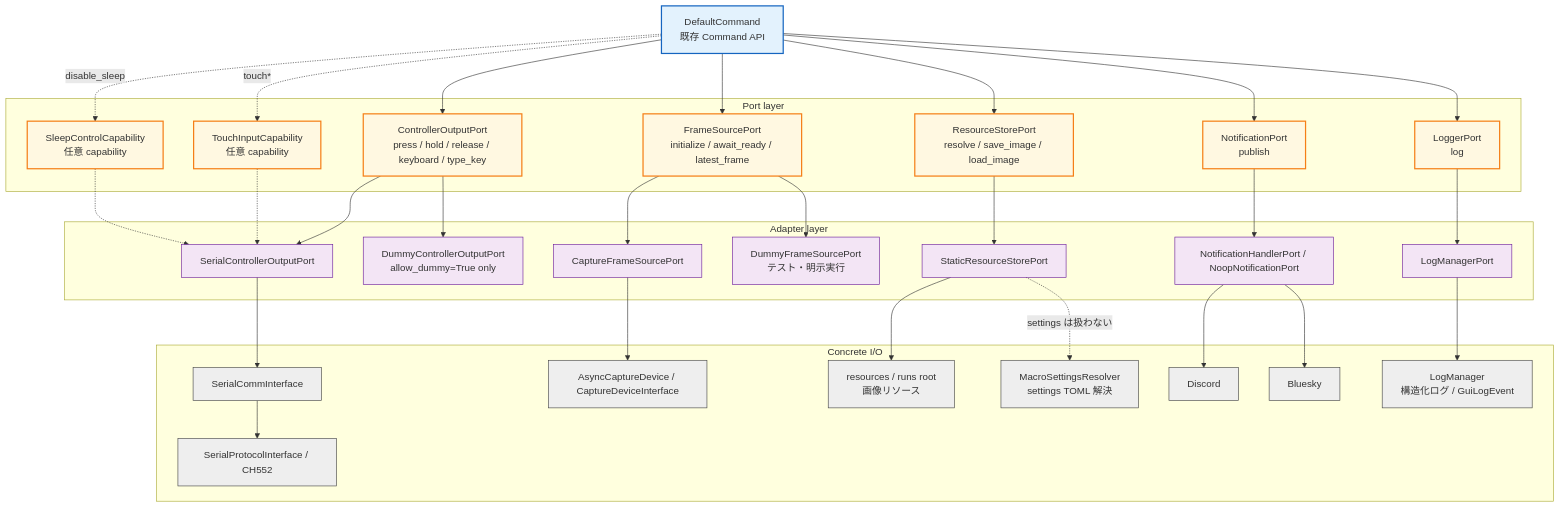
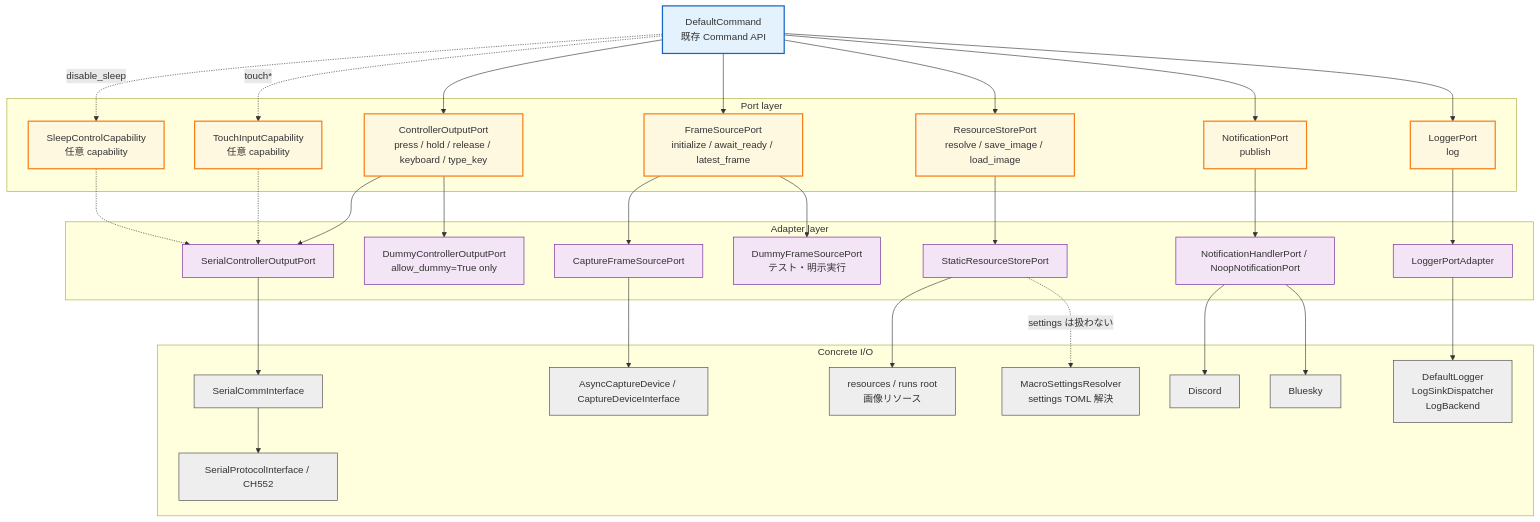
The third of 5 diagrams in spec/framework/rearchitecture/ARCHITECTURE_DIAGRAMS.md (niart120/Project_NyX), drawn with Mermaid before and after one commit. The commit also changed other lines of this file and 11 other files, not shown here.

````diff
--- a/spec/framework/rearchitecture/ARCHITECTURE_DIAGRAMS.md
+++ b/spec/framework/rearchitecture/ARCHITECTURE_DIAGRAMS.md
@@ -257,65 +257,65 @@
 ```mermaid
 flowchart TB
     DefaultCommandImpl["DefaultCommand<br/>既存 Command API"]
 
     subgraph PortLayer["Port layer"]
         Controller["ControllerOutputPort<br/>press / hold / release / keyboard / type_key"]
         Capture["FrameSourcePort<br/>initialize / await_ready / latest_frame"]
         Resource["ResourceStorePort<br/>resolve / save_image / load_image"]
         Notify["NotificationPort<br/>publish"]
         Logger["LoggerPort<br/>log"]
         Touch["TouchInputCapability<br/>任意 capability"]
         Sleep["SleepControlCapability<br/>任意 capability"]
     end
 
     subgraph AdapterLayer["Adapter layer"]
         SerialPort["SerialControllerOutputPort"]
         DummyController["DummyControllerOutputPort<br/>allow_dummy=True only"]
         CapturePort["CaptureFrameSourcePort"]
         DummyFrame["DummyFrameSourcePort<br/>テスト・明示実行"]
         StaticStore["StaticResourceStorePort"]
         NotificationHandlerPort["NotificationHandlerPort / NoopNotificationPort"]
-        LogManagerPort["LogManagerPort"]
+        LoggerPortAdapter["LoggerPortAdapter"]
     end
 
     subgraph ConcreteIO["Concrete I/O"]
         SerialComm["SerialCommInterface"]
         Protocol["SerialProtocolInterface / CH552"]
         CaptureDevice["AsyncCaptureDevice / CaptureDeviceInterface"]
         StaticRoot["resources / runs root<br/>画像リソース"]
         SettingsResolver["MacroSettingsResolver<br/>settings TOML 解決"]
         Discord["Discord"]
         Bluesky["Bluesky"]
-        LogManager["LogManager<br/>構造化ログ / GuiLogEvent"]
+        LoggerComponents["DefaultLogger<br/>LogSinkDispatcher<br/>LogBackend"]
     end
 
     DefaultCommandImpl --> Controller
     DefaultCommandImpl --> Capture
     DefaultCommandImpl --> Resource
     DefaultCommandImpl --> Notify
     DefaultCommandImpl --> Logger
     DefaultCommandImpl -. "touch*" .-> Touch
     DefaultCommandImpl -. "disable_sleep" .-> Sleep
 
     Controller --> SerialPort --> SerialComm --> Protocol
     Controller --> DummyController
     Touch -.-> SerialPort
     Sleep -.-> SerialPort
     Capture --> CapturePort --> CaptureDevice
     Capture --> DummyFrame
     Resource --> StaticStore --> StaticRoot
     StaticStore -. "settings は扱わない" .-> SettingsResolver
     Notify --> NotificationHandlerPort --> Discord
     NotificationHandlerPort --> Bluesky
-    Logger --> LogManagerPort --> LogManager
+    Logger --> LoggerPortAdapter --> LoggerComponents
 
     classDef port fill:#fff8e1,stroke:#f57f17,stroke-width:2px;
     classDef adapter fill:#f3e5f5,stroke:#6a1b9a,stroke-width:1px;
     classDef io fill:#eeeeee,stroke:#424242,stroke-width:1px;
     classDef commandimpl fill:#e3f2fd,stroke:#1565c0,stroke-width:2px;
 
     class DefaultCommandImpl commandimpl;
     class Controller,Capture,Resource,Notify,Logger,Touch,Sleep port;
-    class SerialPort,DummyController,CapturePort,DummyFrame,StaticStore,NotificationHandlerPort,LogManagerPort adapter;
-    class SerialComm,Protocol,CaptureDevice,StaticRoot,SettingsResolver,Discord,Bluesky,LogManager io;
+    class SerialPort,DummyController,CapturePort,DummyFrame,StaticStore,NotificationHandlerPort,LoggerPortAdapter adapter;
+    class SerialComm,Protocol,CaptureDevice,StaticRoot,SettingsResolver,Discord,Bluesky,LoggerComponents io;
 ```
````
